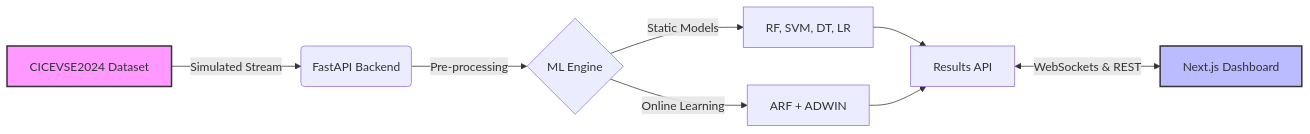
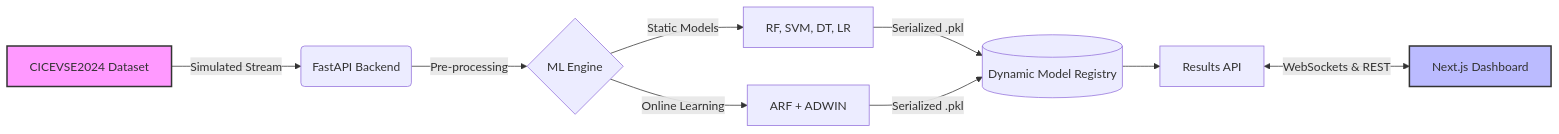
The diagram in README.md (Mukta01/EVNet_Sentinel), drawn with Mermaid before and after one commit. The commit also changed 1 other file, not shown here.

Commit message:
docs: Update architecture diagrams with dynamic model registry

````diff
--- a/README.md
+++ b/README.md
@@ -35,13 +35,14 @@
 ```mermaid
 flowchart LR
     A[CICEVSE2024 Dataset] -->|Simulated Stream| B(FastAPI Backend)
     B -->|Pre-processing| C{ML Engine}
     C -->|Static Models| D[RF, SVM, DT, LR]
     C -->|Online Learning| E[ARF + ADWIN]
-    D --> F[Results API]
-    E --> F
+    D -->|Serialized .pkl| M[(Dynamic Model Registry)]
+    E -->|Serialized .pkl| M
+    M --> F[Results API]
     F <-->|WebSockets & REST| G[Next.js Dashboard]
     
     style A fill:#f9f,stroke:#333,stroke-width:2px
     style G fill:#bbf,stroke:#333,stroke-width:2px
 ```
````
